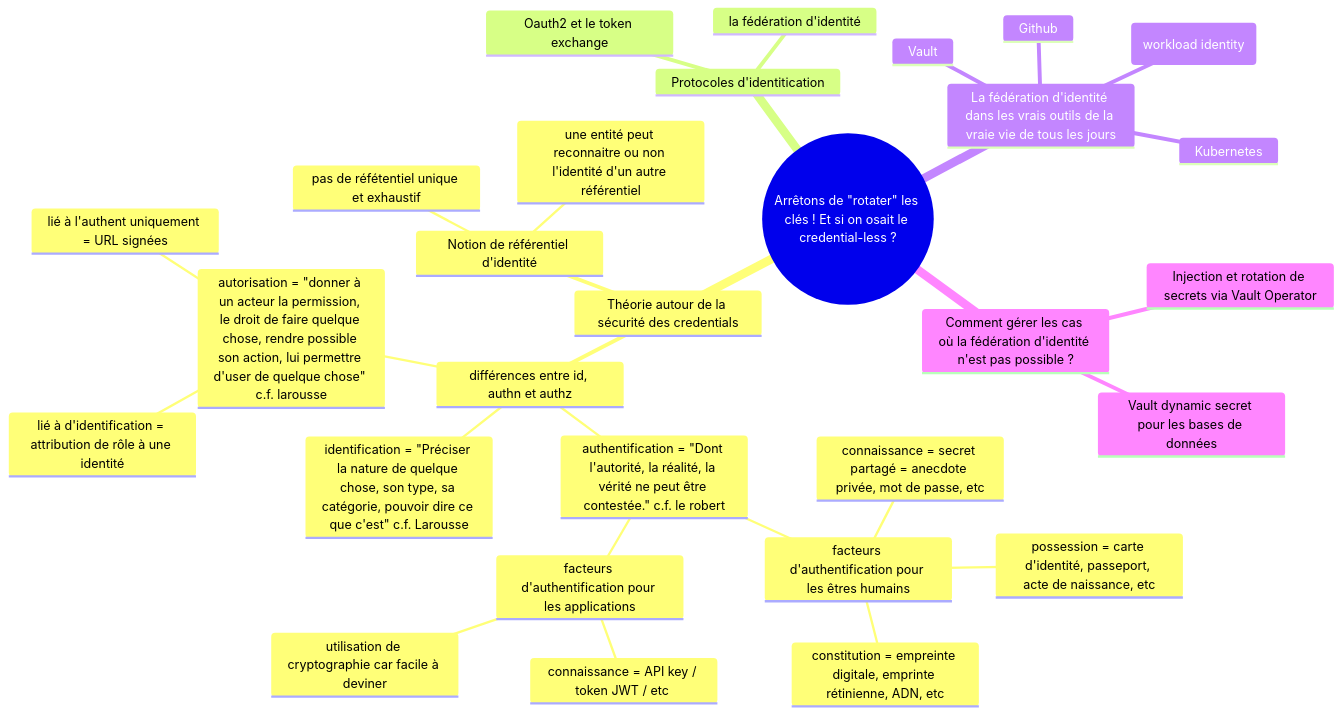
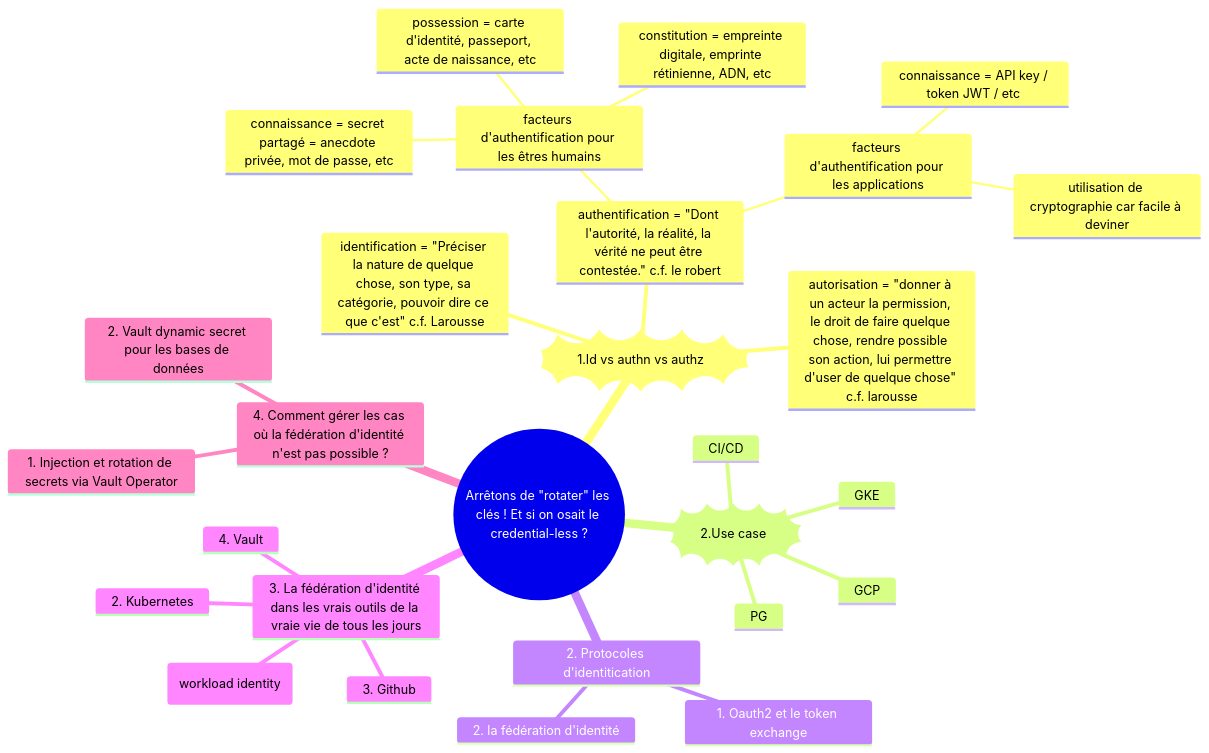
The first of 2 diagrams in MindMap.md (bogaertg/credentials-less-slides), drawn with Mermaid before and after one commit. The commit also changed other lines of this file, not shown here.

Commit message:
Commit brainstorm

````diff
--- a/MindMap.md
+++ b/MindMap.md
@@ -1,32 +1,31 @@
 ```mermaid
 mindmap
   root((Arrêtons de "rotater" les clés ! Et si on osait le credential-less ?))
-    Théorie autour de la sécurité des credentials
-      différences entre id, authn et authz
+    1 ))1.Id vs authn vs authz((
         identification = "Préciser la nature de quelque chose, son type, sa catégorie, pouvoir dire ce que c'est" c.f. Larousse
         authentification = "Dont l'autorité, la réalité, la vérité ne peut être contestée." c.f. le robert
             facteurs d'authentification pour les êtres humains
                 connaissance = secret partagé = anecdote privée, mot de passe, etc
                 possession = carte d'identité, passeport, acte de naissance, etc
                 constitution = empreinte digitale, emprinte rétinienne, ADN, etc
             facteurs d'authentification pour les applications
                 connaissance = API key / token JWT / etc 
                 utilisation de cryptographie car facile à deviner
         autorisation = "donner à un acteur la permission, le droit de faire quelque chose, rendre possible son action, lui permettre d'user de quelque chose" c.f. larousse
-            lié à d'identification = attribution de rôle à une identité
-            lié à l'authent uniquement = URL signées
-      Notion de référentiel d'identité
-        pas de réfétentiel unique et exhaustif
-        une entité peut reconnaitre ou non l'identité d'un autre référentiel
-    Protocoles d'identitication
-      Oauth2 et le token exchange
-      la fédération d'identité
-    La fédération d'identité dans les vrais outils de la vraie vie de tous les jours
-      GCP (workload identity)
-      Kubernetes
-      Github
-      Vault
-    Comment gérer les cas où la fédération d'identité n'est pas possible ?
-      Injection et rotation de secrets via Vault Operator
-      Vault dynamic secret pour les bases de données
+    2 ))2.Use case((
+        CI/CD
+        GCP
+        GKE
+        PG
+    2. Protocoles d'identitication
+      1. Oauth2 et le token exchange
+      2. la fédération d'identité
+    3. La fédération d'identité dans les vrais outils de la vraie vie de tous les jours
+      1. GCP (workload identity)
+      2. Kubernetes
+      3. Github
+      4. Vault
+    4. Comment gérer les cas où la fédération d'identité n'est pas possible ?
+      1. Injection et rotation de secrets via Vault Operator
+      2. Vault dynamic secret pour les bases de données
 ```
````
